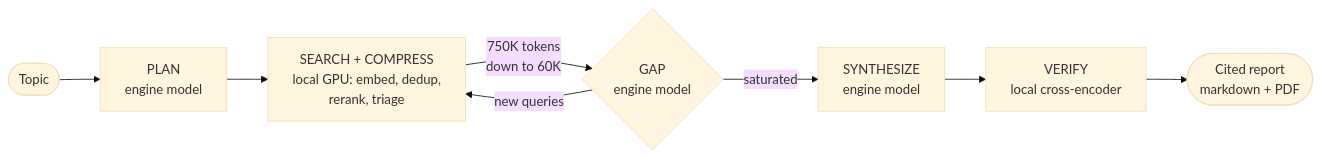
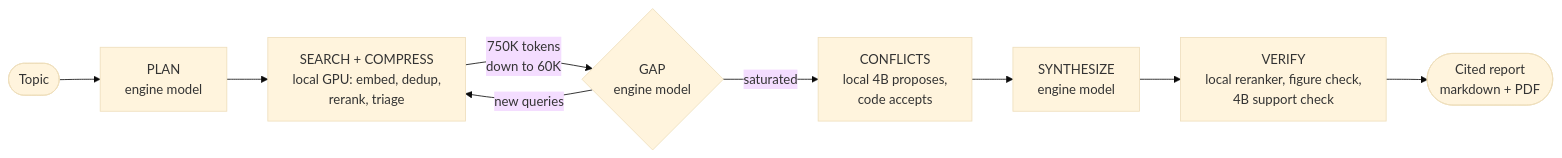
One commit to vignesh-nagarajan-vn/Quarry-LDR changed the diagram in README.md. Above: the diagram before and after it, drawn with Mermaid (base theme). The commit also changed other lines of this file and 4 other files, not shown here.

````diff
--- a/README.md
+++ b/README.md
@@ -49,10 +49,11 @@
 ```mermaid
 flowchart LR
     T(["Topic"]) --> P["PLAN<br/>engine model"]
     P --> Q["SEARCH + COMPRESS<br/>local GPU: embed, dedup,<br/>rerank, triage"]
     Q -->|"750K tokens<br/>down to 60K"| G{"GAP<br/>engine model"}
     G -->|"new queries"| Q
-    G -->|"saturated"| S["SYNTHESIZE<br/>engine model"]
-    S --> V["VERIFY<br/>local cross-encoder"]
+    G -->|"saturated"| C["CONFLICTS<br/>local 4B proposes,<br/>code accepts"]
+    C --> S["SYNTHESIZE<br/>engine model"]
+    S --> V["VERIFY<br/>local reranker, figure check,<br/>4B support check"]
     V --> R(["Cited report<br/>markdown + PDF"])
 ```
````
